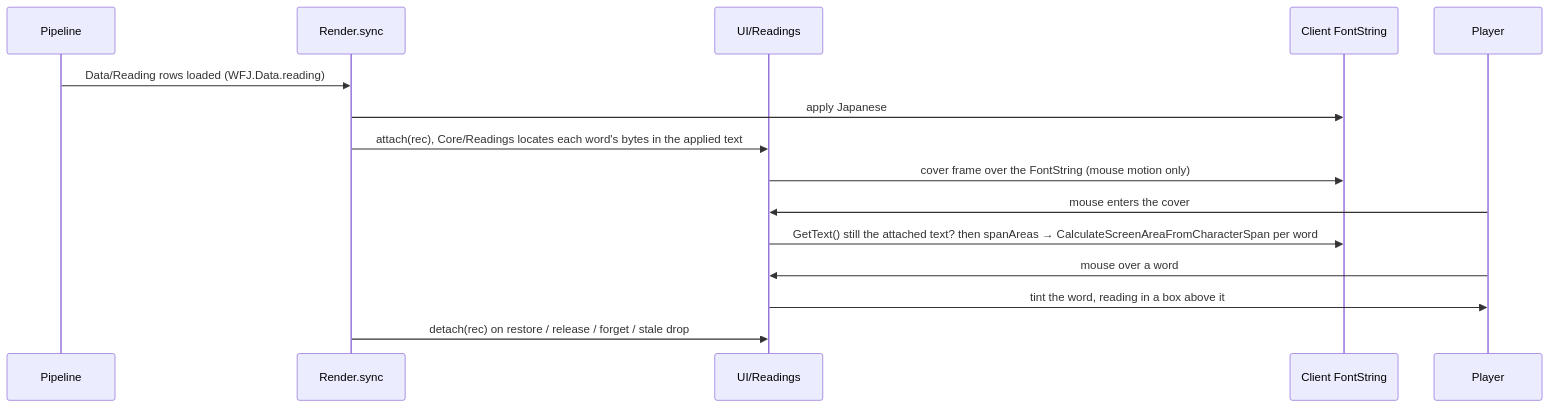
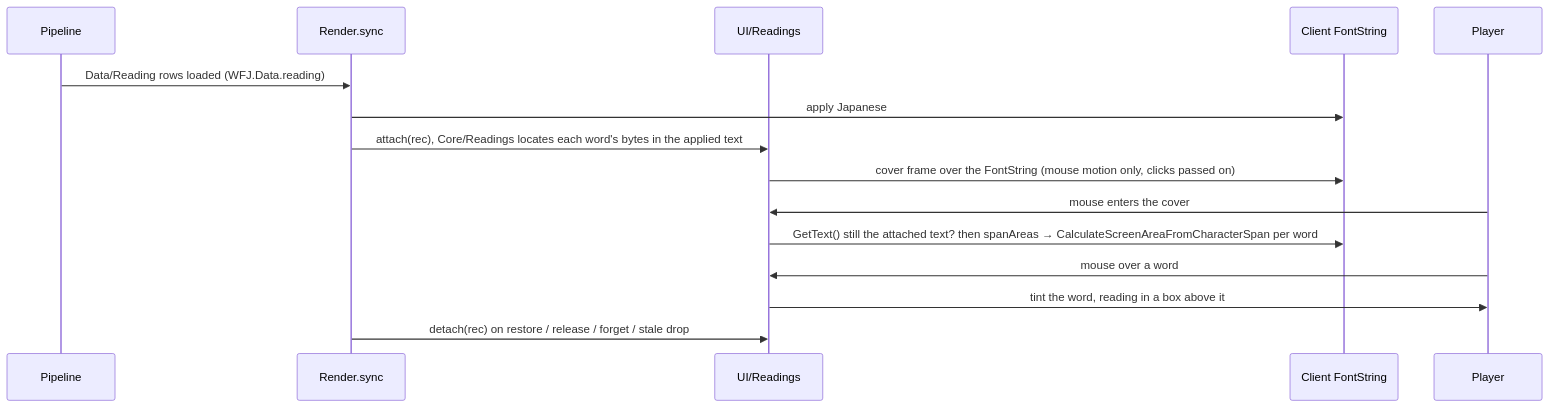
One commit to zyaga/wow-forever-japanese changed the diagram in docs/systems/readings.md. Above: the diagram before and after it, drawn with Mermaid. The commit also changed other lines of this file and 18 other files, not shown here.

````diff
--- a/docs/systems/readings.md
+++ b/docs/systems/readings.md
@@ -13,17 +13,17 @@
 ```mermaid
 sequenceDiagram
   participant P as Pipeline
   participant R as Render.sync
   participant V as UI/Readings
   participant C as Client FontString
   participant U as Player
   P->>R: Data/Reading rows loaded (WFJ.Data.reading)
   R->>C: apply Japanese
   R->>V: attach(rec), Core/Readings locates each word's bytes in the applied text
-  V->>C: cover frame over the FontString (mouse motion only)
+  V->>C: cover frame over the FontString (mouse motion only, clicks passed on)
   U->>V: mouse enters the cover
   V->>C: GetText() still the attached text? then spanAreas → CalculateScreenAreaFromCharacterSpan per word
   U->>V: mouse over a word
   V->>U: tint the word, reading in a box above it
   R->>V: detach(rec) on restore / release / forget / stale drop
 ```
````
